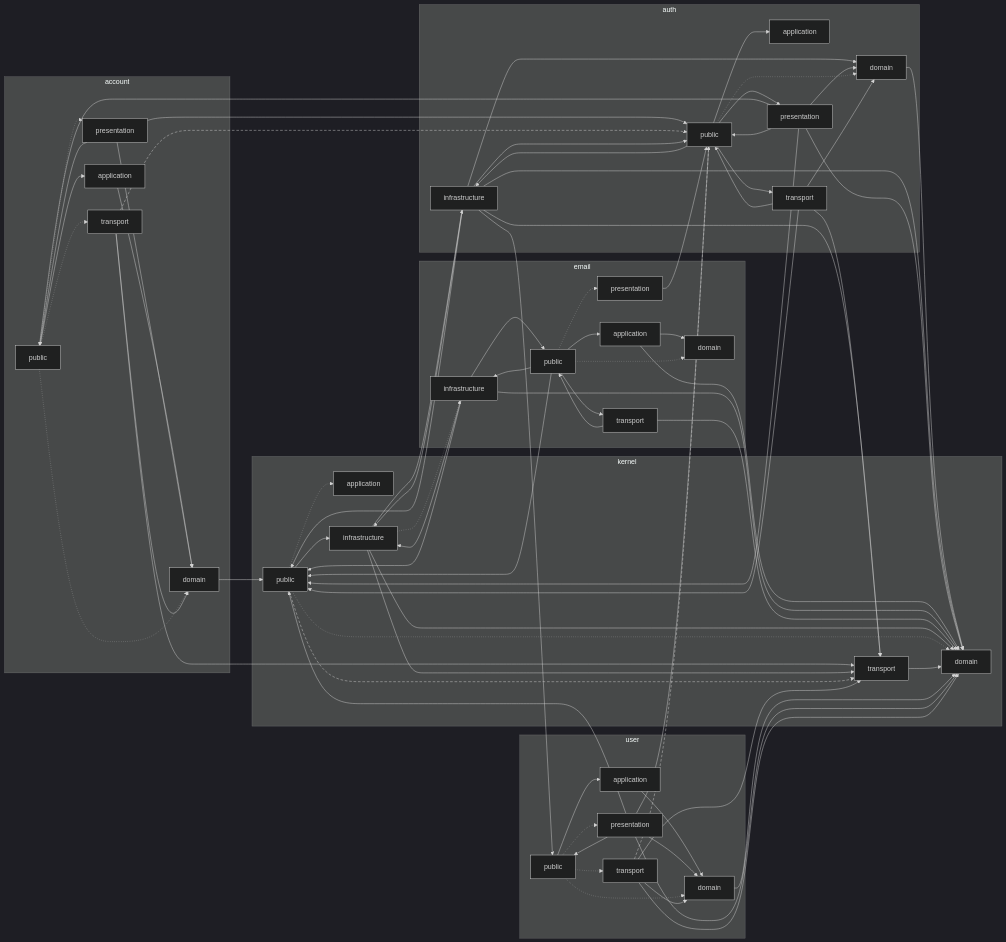
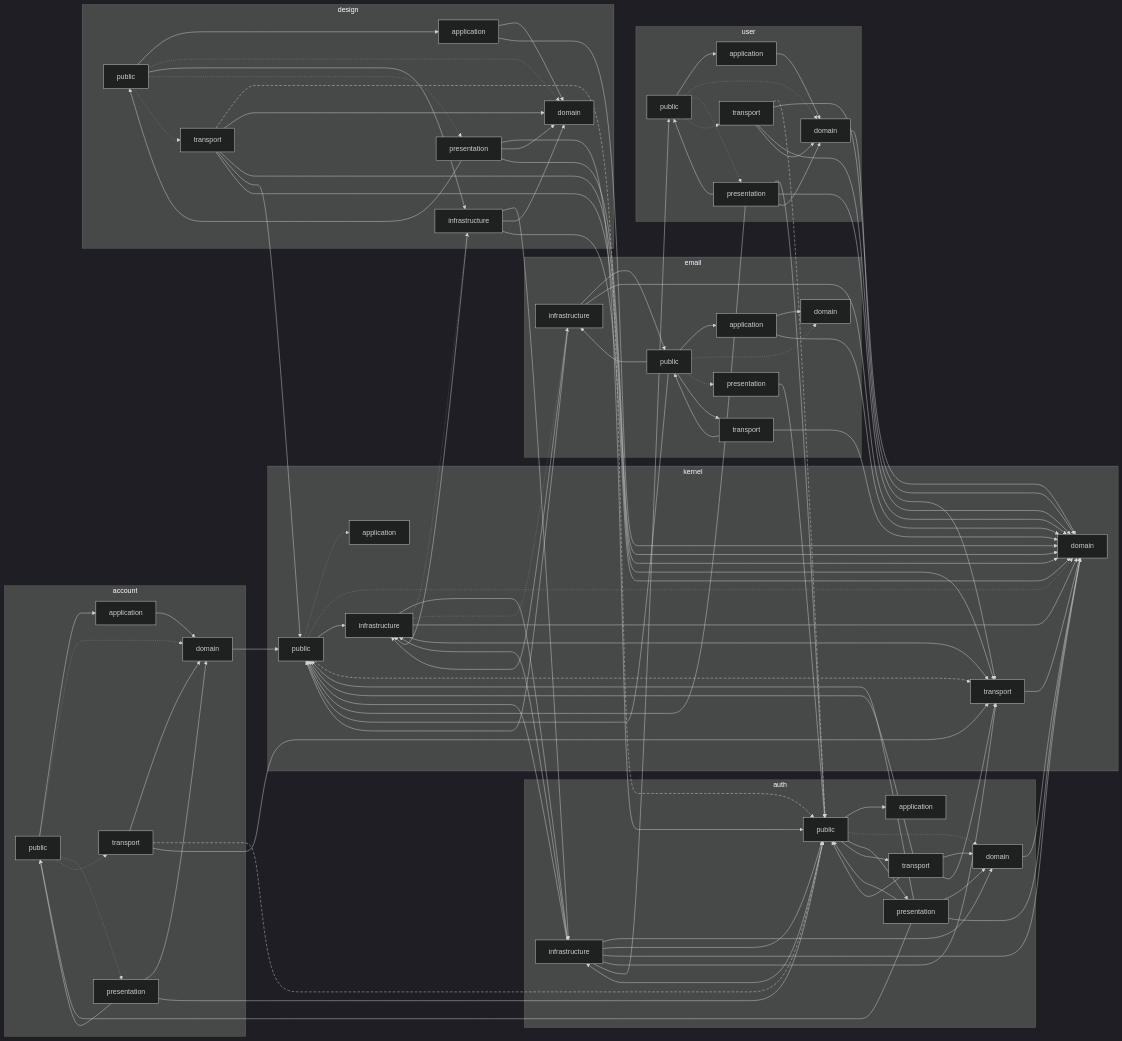
One commit to hbmartin/selective-designer changed the diagram in docs/architecture/module-layer-dependencies.md. Above: the diagram before and after it, drawn with Mermaid (dark theme). The commit also changed 86 other files, not shown here.

First line of the commit message:
P2: design module — designs, base images, private uploads and downloads

````diff
--- a/docs/architecture/module-layer-dependencies.md
+++ b/docs/architecture/module-layer-dependencies.md
@@ -20,6 +20,15 @@
   node_auth_infrastructure["infrastructure"]
   node_auth_presentation["presentation"]
   node_auth_transport["transport"]
+end
+
+subgraph module_design["design"]
+  node_design_public["public"]
+  node_design_application["application"]
+  node_design_domain["domain"]
+  node_design_infrastructure["infrastructure"]
+  node_design_presentation["presentation"]
+  node_design_transport["transport"]
 end
 
 subgraph module_email["email"]
@@ -81,6 +90,26 @@
 node_auth_transport --> node_auth_public
 node_auth_transport --> node_kernel_public
 node_auth_transport --> node_kernel_transport
+node_design_application --> node_design_domain
+node_design_application --> node_kernel_domain
+node_design_infrastructure --> node_auth_infrastructure
+node_design_infrastructure --> node_design_domain
+node_design_infrastructure --> node_kernel_domain
+node_design_infrastructure --> node_kernel_infrastructure
+node_design_presentation --> node_auth_public
+node_design_presentation --> node_design_domain
+node_design_presentation --> node_design_public
+node_design_presentation --> node_kernel_domain
+node_design_public --> node_design_application
+node_design_public --> node_design_domain
+node_design_public --> node_design_infrastructure
+node_design_public --> node_design_presentation
+node_design_public --> node_design_transport
+node_design_transport --> node_auth_public
+node_design_transport --> node_design_domain
+node_design_transport --> node_kernel_domain
+node_design_transport --> node_kernel_public
+node_design_transport --> node_kernel_transport
 node_email_application --> node_email_domain
 node_email_application --> node_kernel_domain
 node_email_infrastructure --> node_email_public
@@ -97,6 +126,7 @@
 node_email_transport --> node_email_public
 node_email_transport --> node_kernel_domain
 node_kernel_infrastructure --> node_auth_infrastructure
+node_kernel_infrastructure --> node_design_infrastructure
 node_kernel_infrastructure --> node_email_infrastructure
 node_kernel_infrastructure --> node_kernel_domain
 node_kernel_infrastructure --> node_kernel_transport
@@ -126,14 +156,19 @@
 linkStyle 8 stroke-dasharray: 1 4
 linkStyle 10 stroke-dasharray: 6 4
 linkStyle 26 stroke-dasharray: 1 4
-linkStyle 42 stroke-dasharray: 1 4
-linkStyle 44 stroke-dasharray: 1 4
-linkStyle 50 stroke-dasharray: 1 4
-linkStyle 53 stroke-dasharray: 1 4
-linkStyle 54 stroke-dasharray: 1 4
-linkStyle 56 stroke-dasharray: 6 4
-linkStyle 66 stroke-dasharray: 1 4
-linkStyle 67 stroke-dasharray: 1 4
-linkStyle 68 stroke-dasharray: 1 4
-linkStyle 69 stroke-dasharray: 6 4
+linkStyle 45 stroke-dasharray: 1 4
+linkStyle 47 stroke-dasharray: 1 4
+linkStyle 48 stroke-dasharray: 1 4
+linkStyle 49 stroke-dasharray: 6 4
+linkStyle 62 stroke-dasharray: 1 4
+linkStyle 64 stroke-dasharray: 1 4
+linkStyle 70 stroke-dasharray: 1 4
+linkStyle 71 stroke-dasharray: 1 4
+linkStyle 74 stroke-dasharray: 1 4
+linkStyle 75 stroke-dasharray: 1 4
+linkStyle 77 stroke-dasharray: 6 4
+linkStyle 87 stroke-dasharray: 1 4
+linkStyle 88 stroke-dasharray: 1 4
+linkStyle 89 stroke-dasharray: 1 4
+linkStyle 90 stroke-dasharray: 6 4
 ```
````
